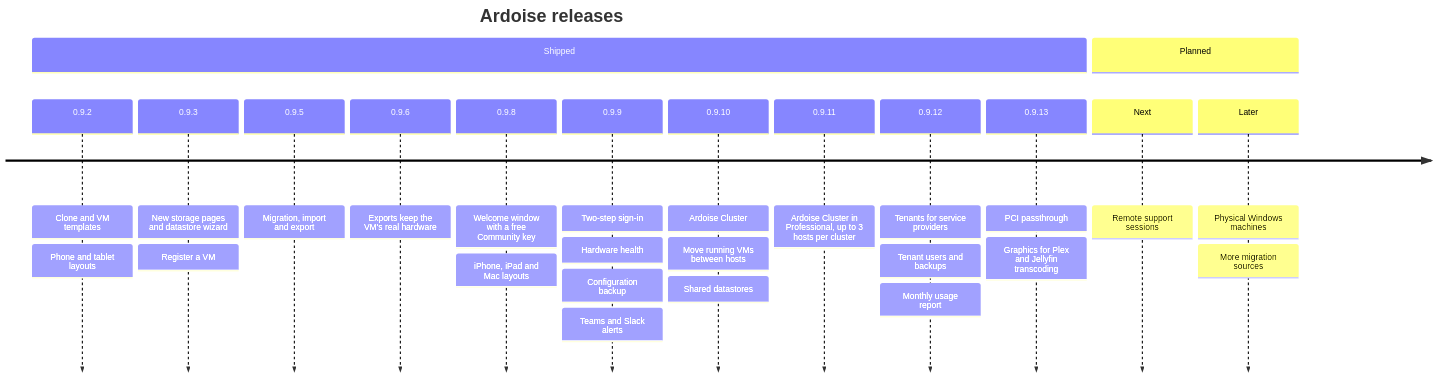
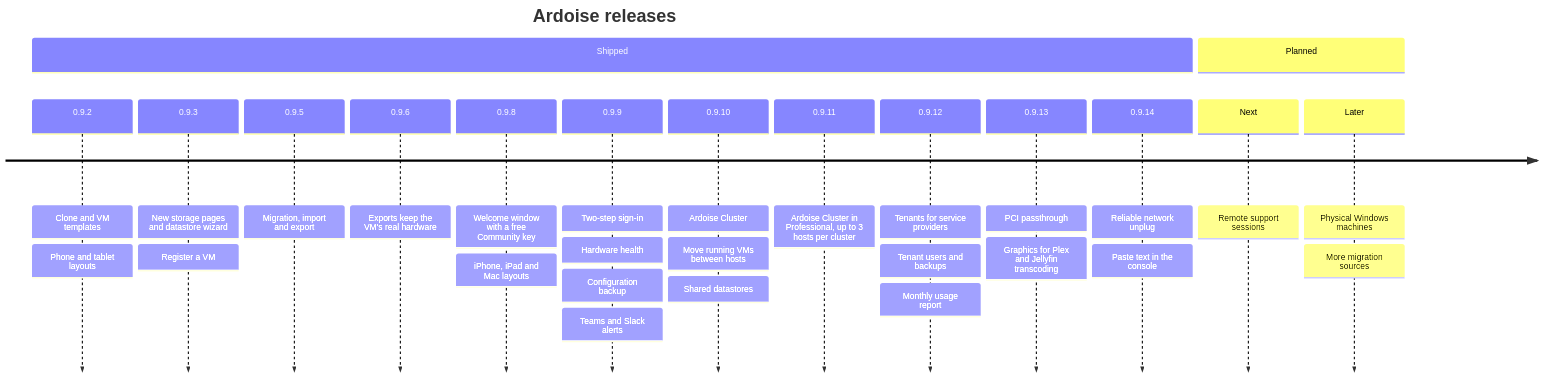
Before and after one commit to neolabs-cloud/ardoise-releases: the diagram in README.md, drawn with Mermaid. The commit also changed other lines of this file and 1 other file, not shown here.

````diff
--- a/README.md
+++ b/README.md
@@ -254,18 +254,19 @@
 ```mermaid
 timeline
     title Ardoise releases
     section Shipped
         0.9.2 : Clone and VM templates : Phone and tablet layouts
         0.9.3 : New storage pages and datastore wizard : Register a VM
         0.9.5 : Migration, import and export
         0.9.6 : Exports keep the VM's real hardware
         0.9.8 : Welcome window with a free Community key : iPhone, iPad and Mac layouts
         0.9.9 : Two-step sign-in : Hardware health : Configuration backup : Teams and Slack alerts
         0.9.10 : Ardoise Cluster : Move running VMs between hosts : Shared datastores
         0.9.11 : Ardoise Cluster in Professional, up to 3 hosts per cluster
         0.9.12 : Tenants for service providers : Tenant users and backups : Monthly usage report
         0.9.13 : PCI passthrough : Graphics for Plex and Jellyfin transcoding
+        0.9.14 : Reliable network unplug : Paste text in the console
     section Planned
         Next : Remote support sessions
         Later : Physical Windows machines : More migration sources
 ```
````
